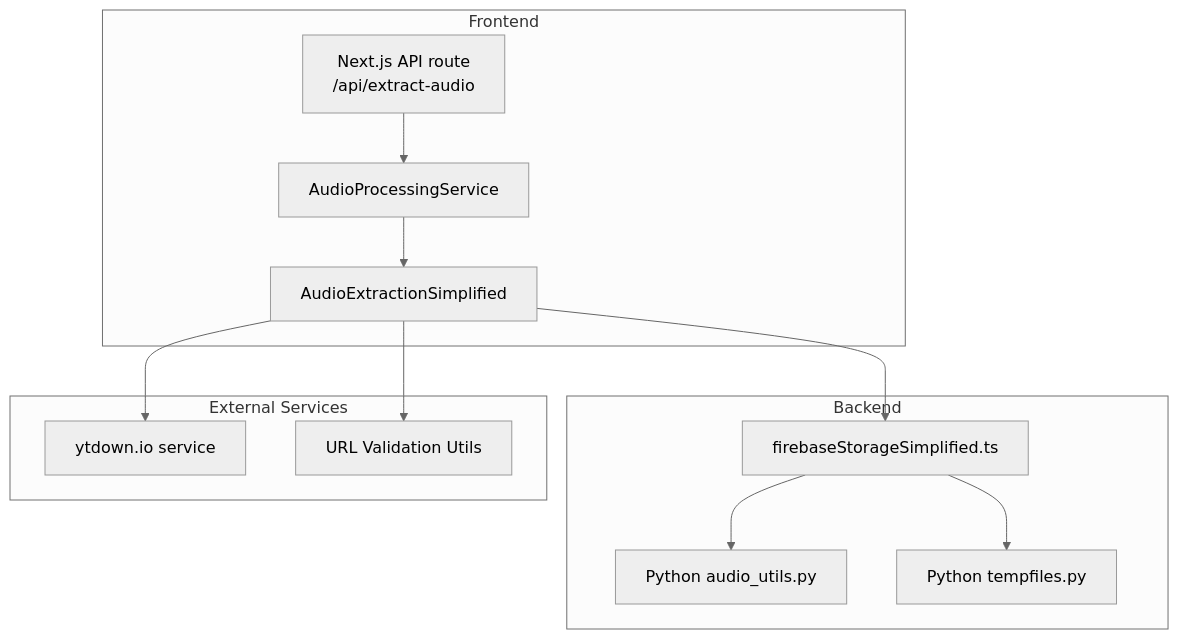
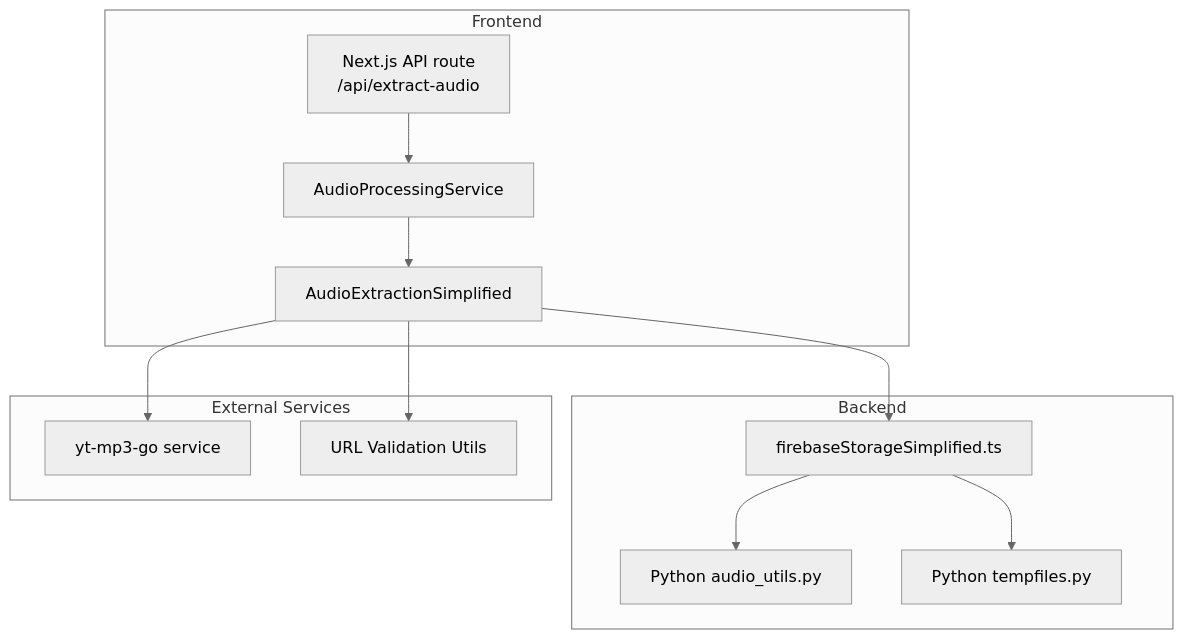
Before and after one commit to ptnghia-j/ChordMiniApp: the first of 7 diagrams in .qoder/repowiki/en/content/Audio Processing and Analysis/Audio Pipeline.md, drawn with Mermaid (neutral theme). The commit also changed other lines of this file and 18 other files, not shown here.

````diff
--- a/.qoder/repowiki/en/content/Audio Processing and Analysis/Audio Pipeline.md
+++ b/.qoder/repowiki/en/content/Audio Processing and Analysis/Audio Pipeline.md
@@ -41,24 +41,24 @@
 ```mermaid
 graph TB
 subgraph "Frontend"
 FE_API["Next.js API route<br/>/api/extract-audio"]
 FE_Service["AudioProcessingService"]
 FE_Extraction["AudioExtractionSimplified"]
 end
 subgraph "Backend"
 BE_Utils["Python audio_utils.py"]
 BE_Temp["Python tempfiles.py"]
 BE_Firestore["firebaseStorageSimplified.ts"]
 end
 subgraph "External Services"
-YT_IO["ytdown.io service"]
+YT_IO["yt-mp3-go service"]
 YT_URL["URL Validation Utils"]
 end
 FE_API --> FE_Service
 FE_Service --> FE_Extraction
 FE_Extraction --> YT_IO
 FE_Extraction --> BE_Firestore
 FE_Extraction --> YT_URL
 BE_Firestore --> BE_Temp
 BE_Firestore --> BE_Utils
 ```
````
